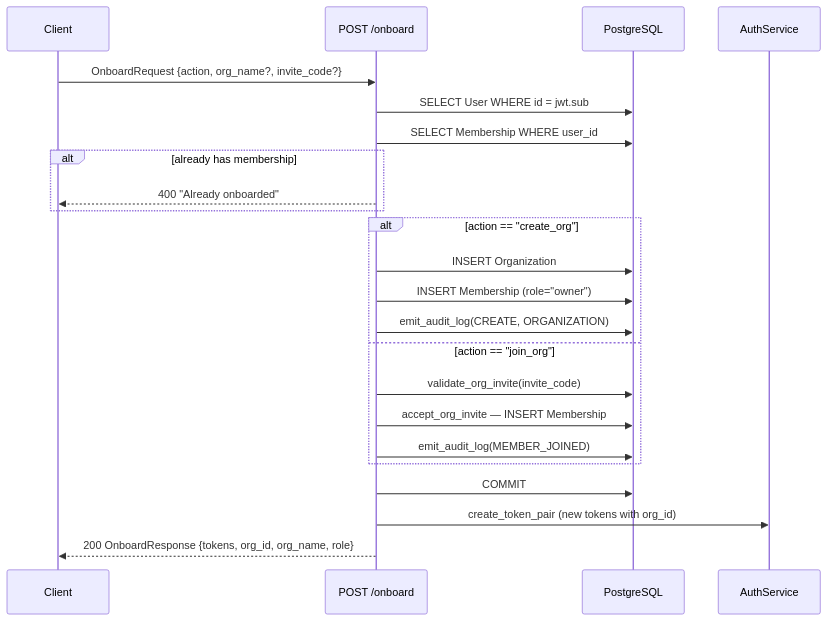
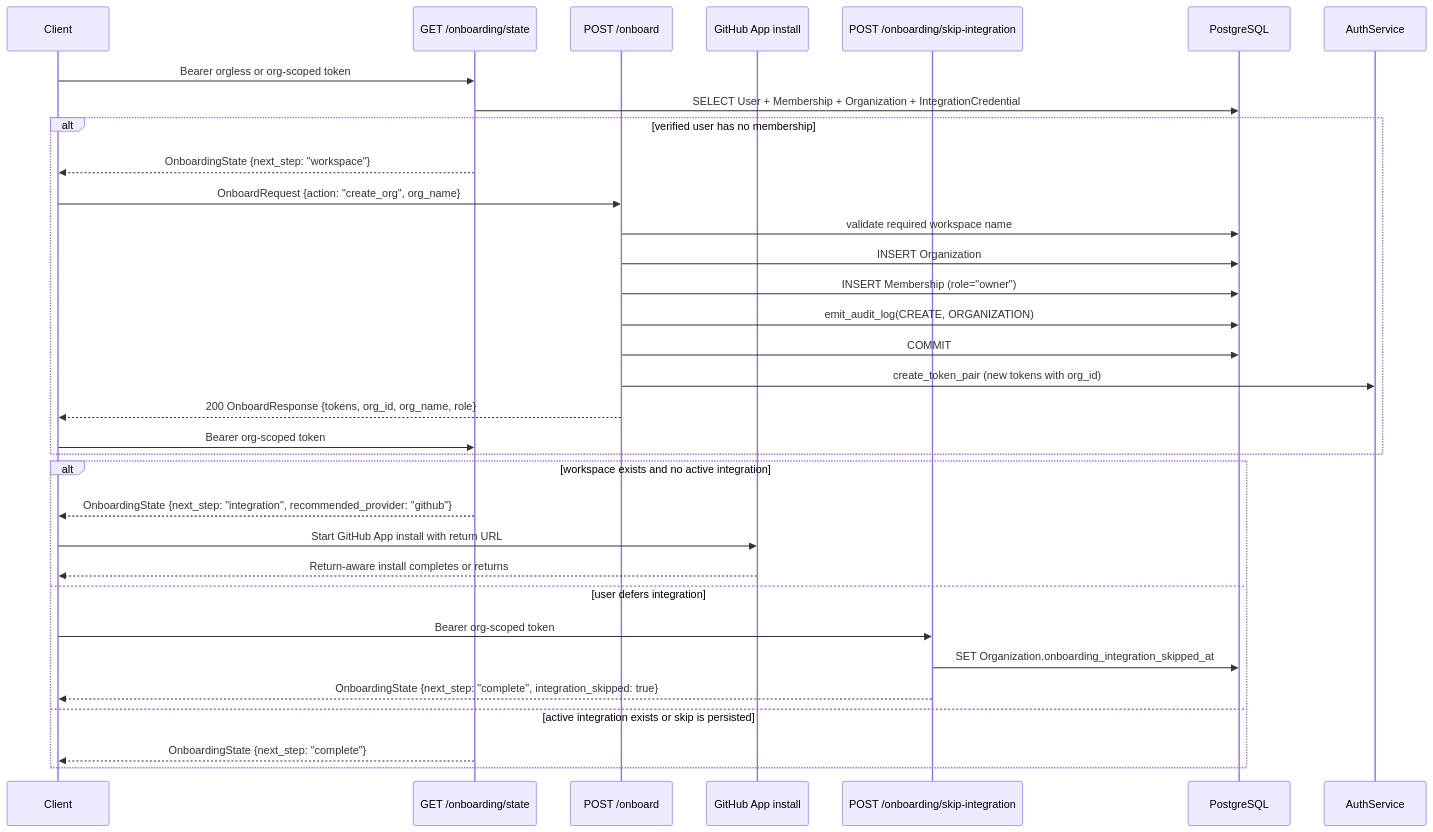
The sixth of 10 diagrams in docs/architecture/auth-journey.md (full-chaos/dev-health-ops), drawn with Mermaid before and after one commit. The commit also changed other lines of this file and 1 other file, not shown here.

Commit message:
docs(auth): document first-run onboarding journey

````diff
--- a/docs/architecture/auth-journey.md
+++ b/docs/architecture/auth-journey.md
@@ -156,26 +156,36 @@
 ```mermaid
 sequenceDiagram
     participant C as Client
+    participant S as GET /onboarding/state
     participant O as POST /onboard
+    participant G as GitHub App install
+    participant K as POST /onboarding/skip-integration
     participant DB as PostgreSQL
     participant A as AuthService
 
-    C->>O: OnboardRequest {action, org_name?, invite_code?}
-    O->>DB: SELECT User WHERE id = jwt.sub
-    O->>DB: SELECT Membership WHERE user_id
-    alt already has membership
-        O-->>C: 400 "Already onboarded"
-    end
-    alt action == "create_org"
+    C->>S: Bearer orgless or org-scoped token
+    S->>DB: SELECT User + Membership + Organization + IntegrationCredential
+    alt verified user has no membership
+        S-->>C: OnboardingState {next_step: "workspace"}
+        C->>O: OnboardRequest {action: "create_org", org_name}
+        O->>DB: validate required workspace name
         O->>DB: INSERT Organization
         O->>DB: INSERT Membership (role="owner")
         O->>DB: emit_audit_log(CREATE, ORGANIZATION)
-    else action == "join_org"
-        O->>DB: validate_org_invite(invite_code)
-        O->>DB: accept_org_invite — INSERT Membership
-        O->>DB: emit_audit_log(MEMBER_JOINED)
+        O->>DB: COMMIT
+        O->>A: create_token_pair (new tokens with org_id)
+        O-->>C: 200 OnboardResponse {tokens, org_id, org_name, role}
+        C->>S: Bearer org-scoped token
     end
-    O->>DB: COMMIT
-    O->>A: create_token_pair (new tokens with org_id)
-    O-->>C: 200 OnboardResponse {tokens, org_id, org_name, role}
+    alt workspace exists and no active integration
+        S-->>C: OnboardingState {next_step: "integration", recommended_provider: "github"}
+        C->>G: Start GitHub App install with return URL
+        G-->>C: Return-aware install completes or returns
+    else user defers integration
+        C->>K: Bearer org-scoped token
+        K->>DB: SET Organization.onboarding_integration_skipped_at
+        K-->>C: OnboardingState {next_step: "complete", integration_skipped: true}
+    else active integration exists or skip is persisted
+        S-->>C: OnboardingState {next_step: "complete"}
+    end
 ```
````
